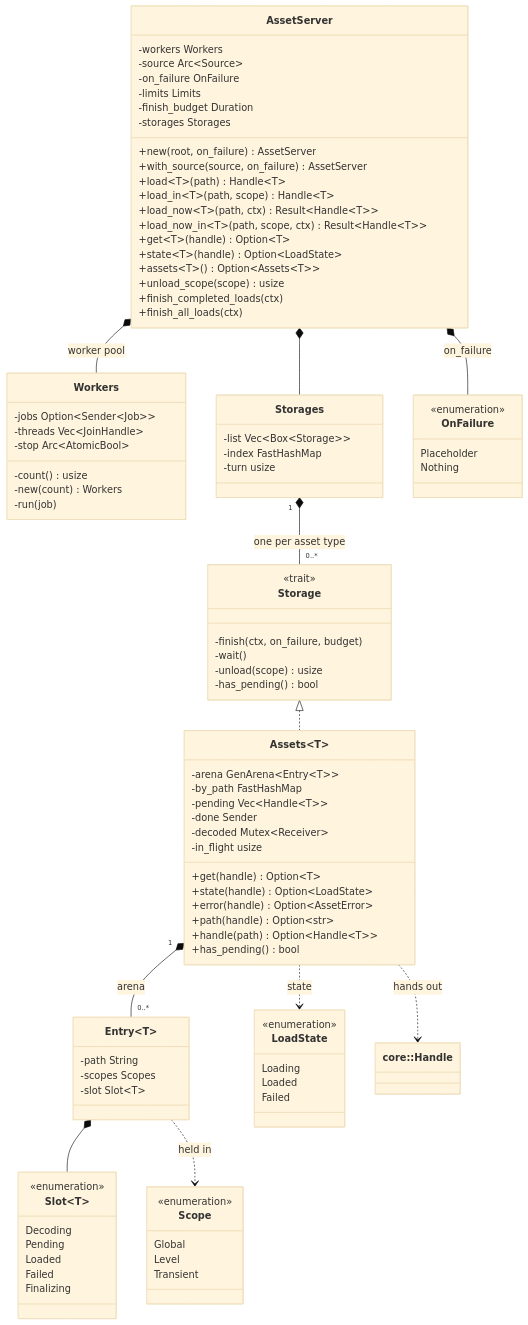
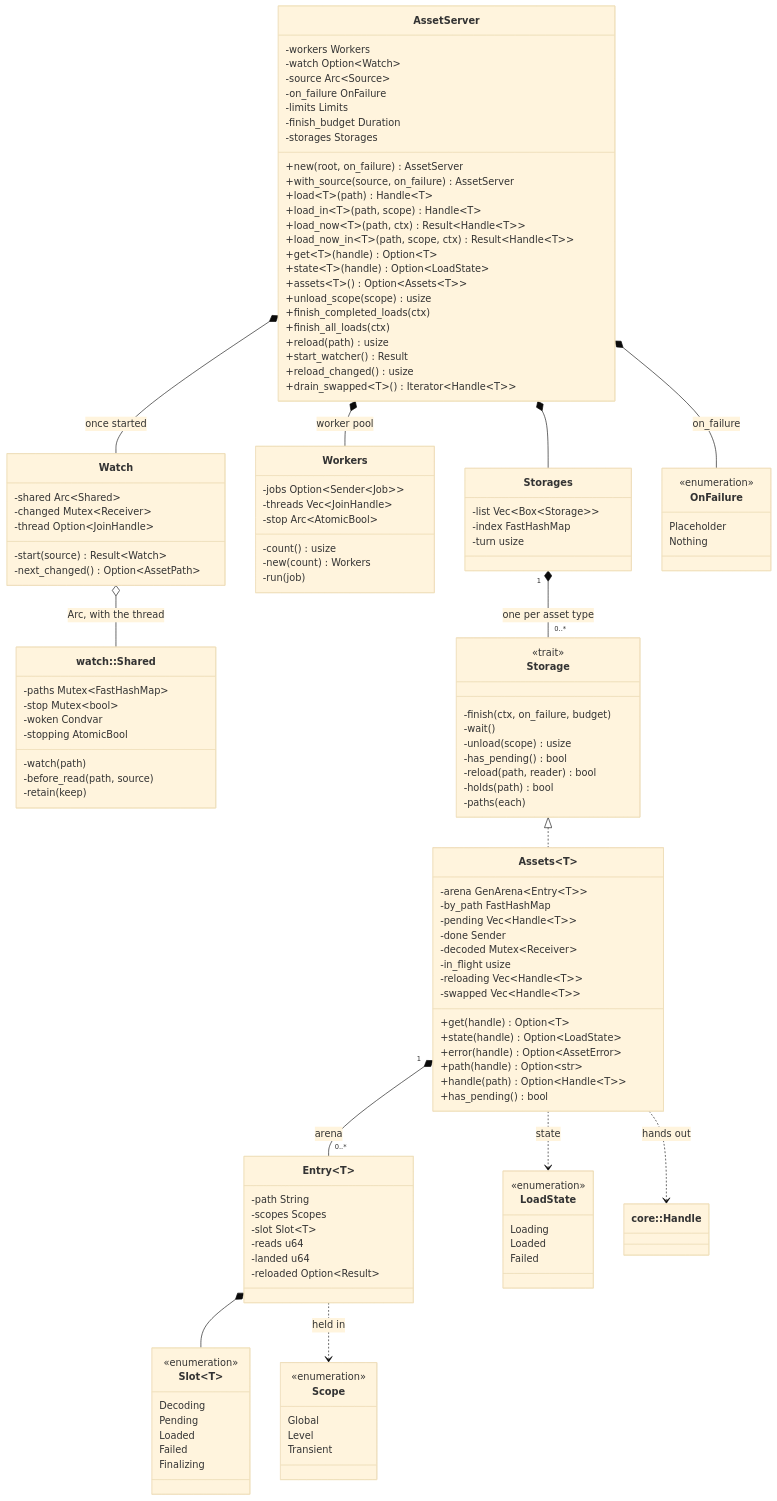
Before and after one commit to jabbott-iii/Nadir: the eighth of 27 diagrams in diagrams/class-diagram.md, drawn with Mermaid (base theme). The commit also changed other lines of this file and 13 other files, not shown here.

```diff
--- a/diagrams/class-diagram.md
+++ b/diagrams/class-diagram.md
@@ -552,6 +554,7 @@
     direction TB
     class AssetServer {
         -workers Workers
+        -watch Option~Watch~
         -source Arc~Source~
         -on_failure OnFailure
         -limits Limits
@@ -569,6 +572,26 @@
         +unload_scope(scope) usize
         +finish_completed_loads(ctx)
         +finish_all_loads(ctx)
+        +reload(path) usize
+        +start_watcher() Result
+        +reload_changed() usize
+        +drain_swapped~T~() Iterator~Handle~T~~
+    }
+    class Watch {
+        -shared Arc~Shared~
+        -changed Mutex~Receiver~
+        -thread Option~JoinHandle~
+        -start(source) Result~Watch~
+        -next_changed() Option~AssetPath~
+    }
+    class Shared["watch::Shared"] {
+        -paths Mutex~FastHashMap~
+        -stop Mutex~bool~
+        -woken Condvar
+        -stopping AtomicBool
+        -watch(path)
+        -before_read(path, source)
+        -retain(keep)
     }
     class Workers {
         -jobs Option~Sender~Job~~
@@ -589,6 +612,9 @@
         -wait()
         -unload(scope) usize
         -has_pending() bool
+        -reload(path, reader) bool
+        -holds(path) bool
+        -paths(each)
     }
     class Assets~T~ {
         -arena GenArena~Entry~T~~
@@ -597,6 +623,8 @@
         -done Sender
         -decoded Mutex~Receiver~
         -in_flight usize
+        -reloading Vec~Handle~T~~
+        -swapped Vec~Handle~T~~
         +get(handle) Option~T~
         +state(handle) Option~LoadState~
         +error(handle) Option~AssetError~
@@ -608,6 +636,9 @@
         -path String
         -scopes Scopes
         -slot Slot~T~
+        -reads u64
+        -landed u64
+        -reloaded Option~Result~
     }
     class Slot~T~ {
         <<enumeration>>
@@ -636,6 +667,8 @@
     }
     class Handle["core::Handle"]
     AssetServer *-- Workers : worker pool
+    AssetServer *-- Watch : once started
+    Watch o-- Shared : Arc, with the thread
     AssetServer *-- Storages
     Storages "1" *-- "0..*" Storage : one per asset type
     Storage <|.. Assets
```
